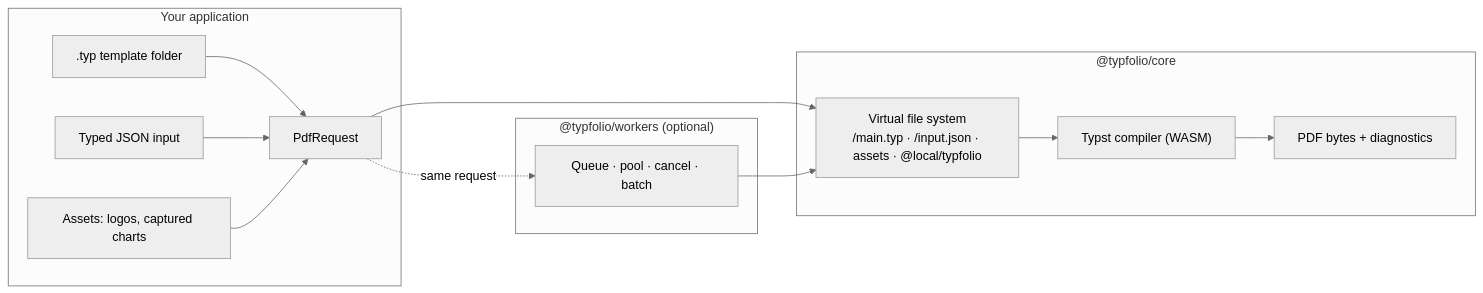
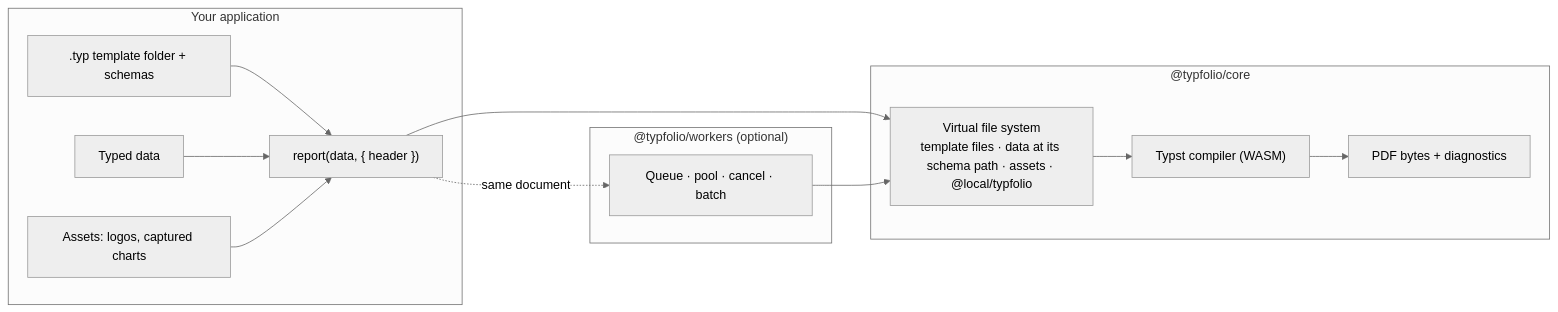
Before and after one commit to HelioCampus/typfolio: the diagram in README.md, drawn with Mermaid (neutral theme). The commit also changed other lines of this file and 71 other files, not shown here.

First line of the commit message:
Release 0.3.0: a template is a function that takes its data

````diff
--- a/README.md
+++ b/README.md
@@ -61,18 +67,18 @@
 ```mermaid
 flowchart LR
   subgraph App["Your application"]
-    T[".typ template folder"] --> R
-    J["Typed JSON input"] --> R
+    T[".typ template folder + schemas"] --> R
+    J["Typed data"] --> R
     A["Assets: logos, captured charts"] --> R
-    R["PdfRequest"]
+    R["report(data, { header })"]
   end
   R --> C
   subgraph Core["@typfolio/core"]
-    C["Virtual file system<br/>/main.typ · /input.json · assets · @local/typfolio"] --> W["Typst compiler (WASM)"]
+    C["Virtual file system<br/>template files · data at its schema path · assets · @local/typfolio"] --> W["Typst compiler (WASM)"]
     W --> P["PDF bytes + diagnostics"]
   end
   subgraph Workers["@typfolio/workers (optional)"]
     Q["Queue · pool · cancel · batch"]
   end
-  R -. "same request" .-> Q --> C
+  R -. "same document" .-> Q --> C
 ```
````
